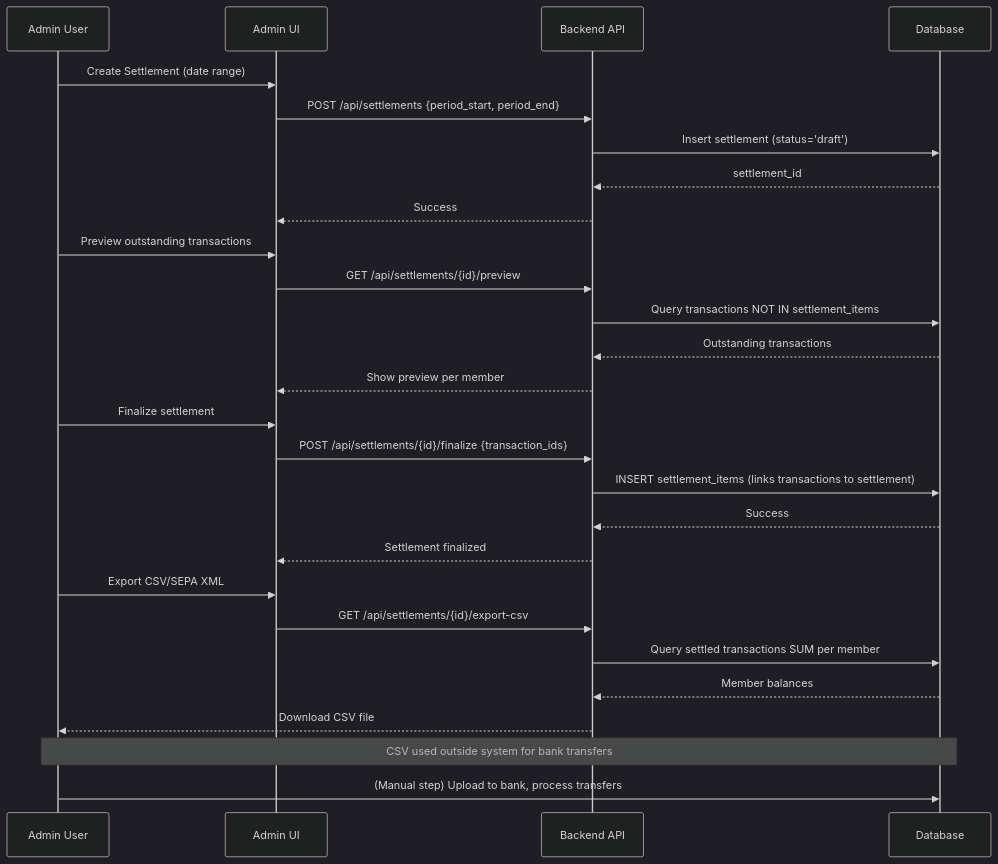
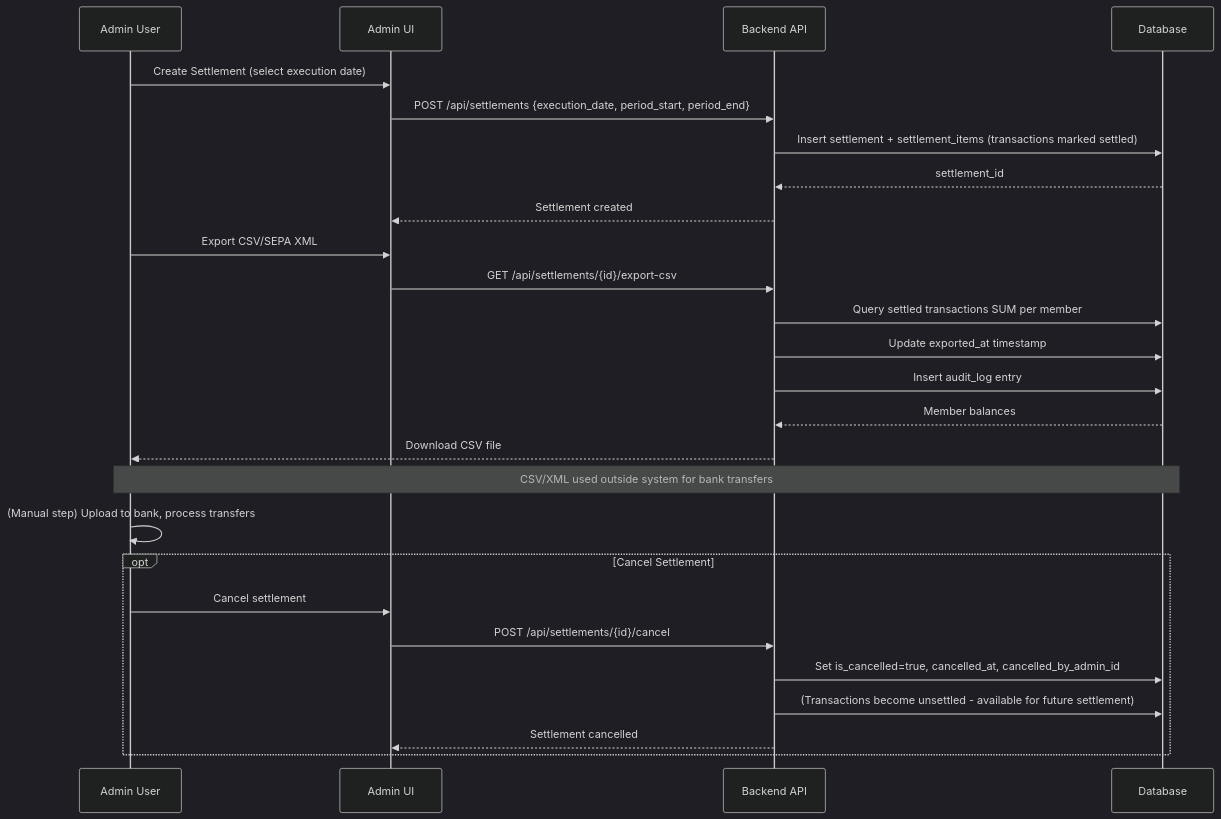
The diagram in adr/0004-immutable-transaction-storage.md (dgloeckner/clubbar), drawn with Mermaid (dark theme) before and after one commit. The commit also changed other lines of this file and 68 other files, not shown here.

````diff
--- a/adr/0004-immutable-transaction-storage.md
+++ b/adr/0004-immutable-transaction-storage.md
@@ -172,34 +171,32 @@
 ```mermaid
 sequenceDiagram
     participant Admin as Admin User
     participant UI as Admin UI
     participant API as Backend API
     participant DB as Database
 
-    Admin->>UI: Create Settlement (date range)
-    UI->>API: POST /api/settlements {period_start, period_end}
-    API->>DB: Insert settlement (status='draft')
+    Admin->>UI: Create Settlement (select execution date)
+    UI->>API: POST /api/settlements {execution_date, period_start, period_end}
+    API->>DB: Insert settlement + settlement_items (transactions marked settled)
     DB-->>API: settlement_id
-    API-->>UI: Success
-
-    Admin->>UI: Preview outstanding transactions
-    UI->>API: GET /api/settlements/{id}/preview
-    API->>DB: Query transactions NOT IN settlement_items
-    DB-->>API: Outstanding transactions
-    API-->>UI: Show preview per member
-
-    Admin->>UI: Finalize settlement
-    UI->>API: POST /api/settlements/{id}/finalize {transaction_ids}
-    API->>DB: INSERT settlement_items (links transactions to settlement)
-    DB-->>API: Success
-    API-->>UI: Settlement finalized
+    API-->>UI: Settlement created
 
     Admin->>UI: Export CSV/SEPA XML
     UI->>API: GET /api/settlements/{id}/export-csv
     API->>DB: Query settled transactions SUM per member
+    API->>DB: Update exported_at timestamp
+    API->>DB: Insert audit_log entry
     DB-->>API: Member balances
     API-->>Admin: Download CSV file
 
-    Note over Admin,DB: CSV used outside system for bank transfers
-    Admin->>DB: (Manual step) Upload to bank, process transfers
+    Note over Admin,DB: CSV/XML used outside system for bank transfers
+    Admin->>Admin: (Manual step) Upload to bank, process transfers
+
+    opt Cancel Settlement
+        Admin->>UI: Cancel settlement
+        UI->>API: POST /api/settlements/{id}/cancel
+        API->>DB: Set is_cancelled=true, cancelled_at, cancelled_by_admin_id
+        API->>DB: (Transactions become unsettled - available for future settlement)
+        API-->>UI: Settlement cancelled
+    end
 ```
````
